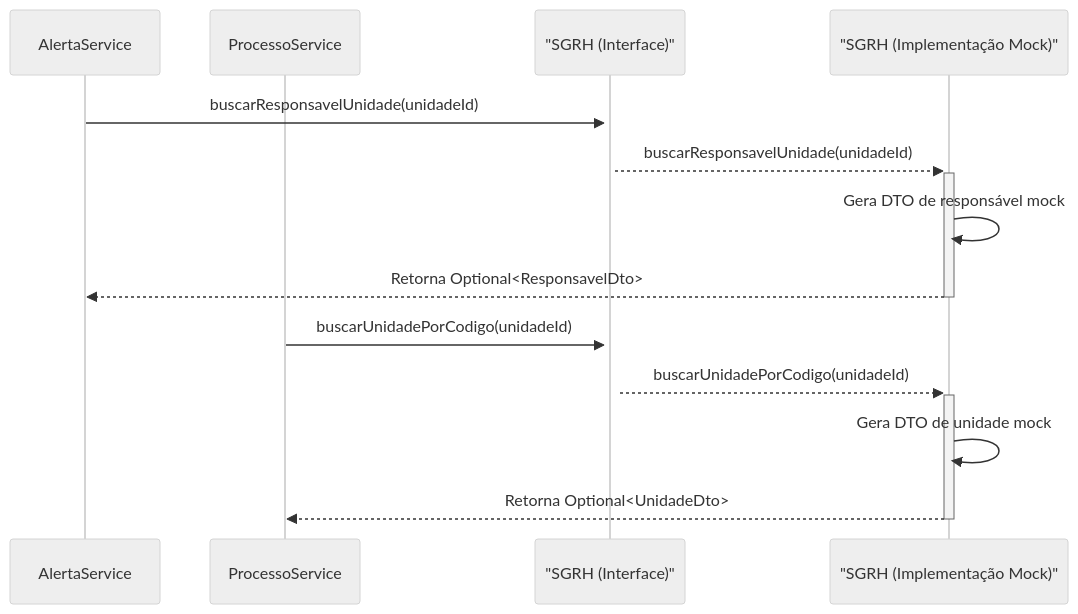
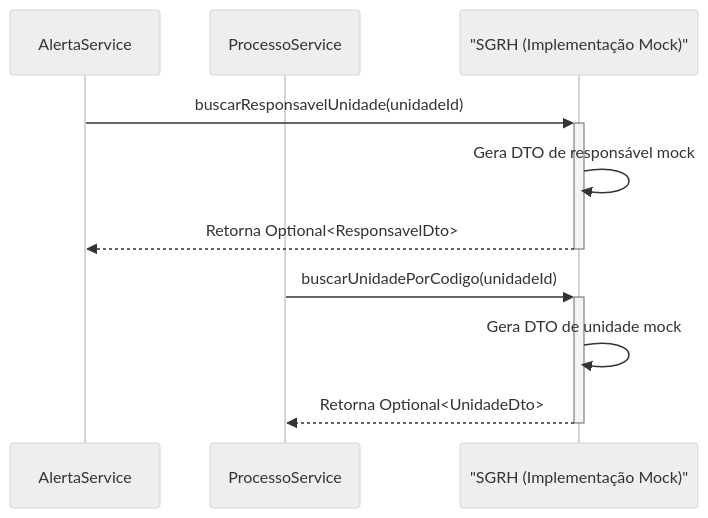
Before and after one commit to lgalvao/sgc: the diagram in docs/sgrh.md, drawn with Mermaid (neutral theme). The commit also changed other lines of this file and 30 other files, not shown here.

````diff
--- a/docs/sgrh.md
+++ b/docs/sgrh.md
@@ -21,17 +21,15 @@
 ```mermaid
 sequenceDiagram
     participant AlertaService
     participant ProcessoService
     participant SgrhService as "SGRH (Interface)"
-    participant SgrhServiceImpl as "SGRH (Implementação Mock)"
+    participant SgrhService as "SGRH (Implementação Mock)"
 
     AlertaService->>+SgrhService: buscarResponsavelUnidade(unidadeId)
-    SgrhService-->>+SgrhServiceImpl: buscarResponsavelUnidade(unidadeId)
-    SgrhServiceImpl->>SgrhServiceImpl: Gera DTO de responsável mock
-    SgrhServiceImpl-->>-AlertaService: Retorna Optional<ResponsavelDto>
+    SgrhService->>SgrhService: Gera DTO de responsável mock
+    SgrhService-->>-AlertaService: Retorna Optional<ResponsavelDto>
 
     ProcessoService->>+SgrhService: buscarUnidadePorCodigo(unidadeId)
-    SgrhService-->>+SgrhServiceImpl: buscarUnidadePorCodigo(unidadeId)
-    SgrhServiceImpl->>SgrhServiceImpl: Gera DTO de unidade mock
-    SgrhServiceImpl-->>-ProcessoService: Retorna Optional<UnidadeDto>
+    SgrhService->>SgrhService: Gera DTO de unidade mock
+    SgrhService-->>-ProcessoService: Retorna Optional<UnidadeDto>
 ```
````
